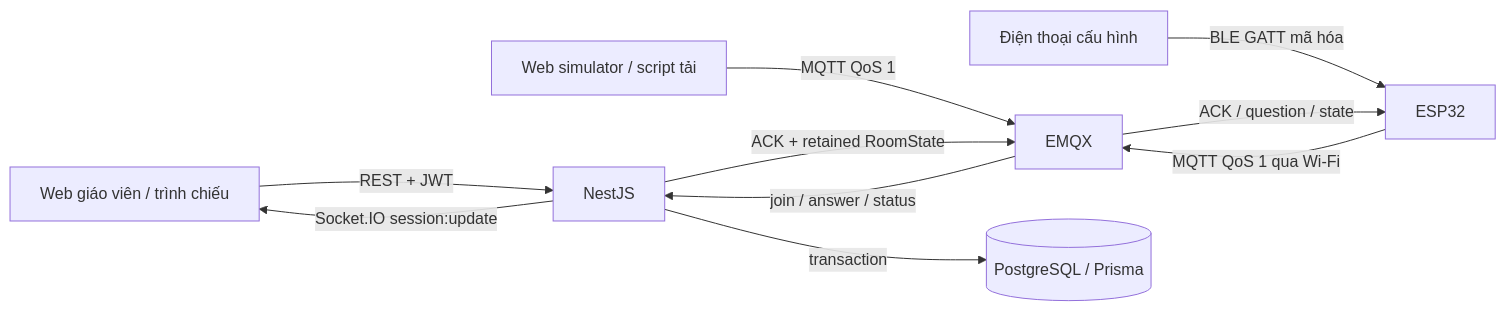
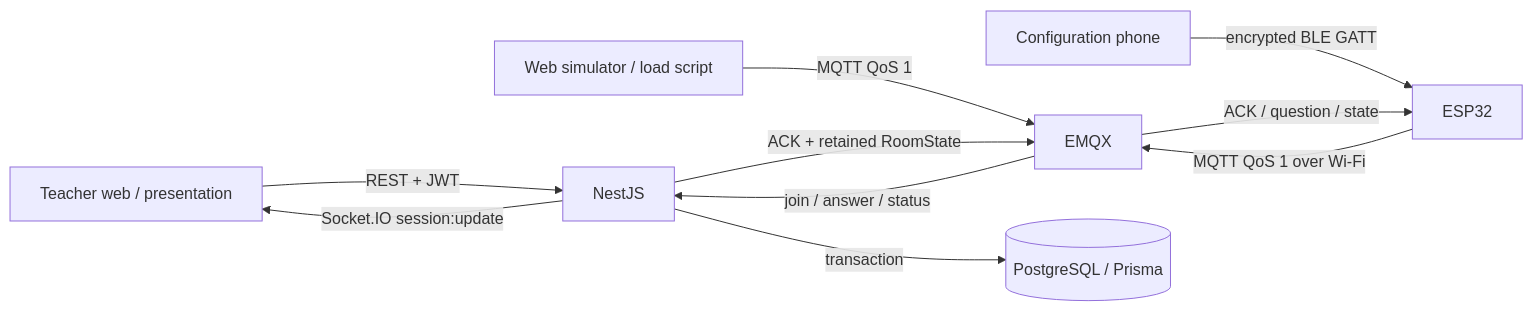
Before and after one commit to nahhao74/QUIZ_Remote: the first of 2 diagrams in web/docs/architecture.md, drawn with Mermaid. The commit also changed other lines of this file and 16 other files, not shown here.

````diff
--- a/web/docs/architecture.md
+++ b/web/docs/architecture.md
@@ -5,12 +5,12 @@
 ```mermaid
 flowchart LR
-  T[Web giáo viên / trình chiếu] -->|REST + JWT| B[NestJS]
-  C[Điện thoại cấu hình] -->|BLE GATT mã hóa| D[ESP32]
-  D -->|MQTT QoS 1 qua Wi-Fi| M[EMQX]
-  S[Web simulator / script tải] -->|MQTT QoS 1| M
+  T[Teacher web / presentation] -->|REST + JWT| B[NestJS]
+  C[Configuration phone] -->|encrypted BLE GATT| D[ESP32]
+  D -->|MQTT QoS 1 over Wi-Fi| M[EMQX]
+  S[Web simulator / load script] -->|MQTT QoS 1| M
   M -->|join / answer / status| B
   B -->|transaction| P[(PostgreSQL / Prisma)]
   B -->|ACK + retained RoomState| M
   M -->|ACK / question / state| D
   B -->|Socket.IO session:update| T
 ```
````
